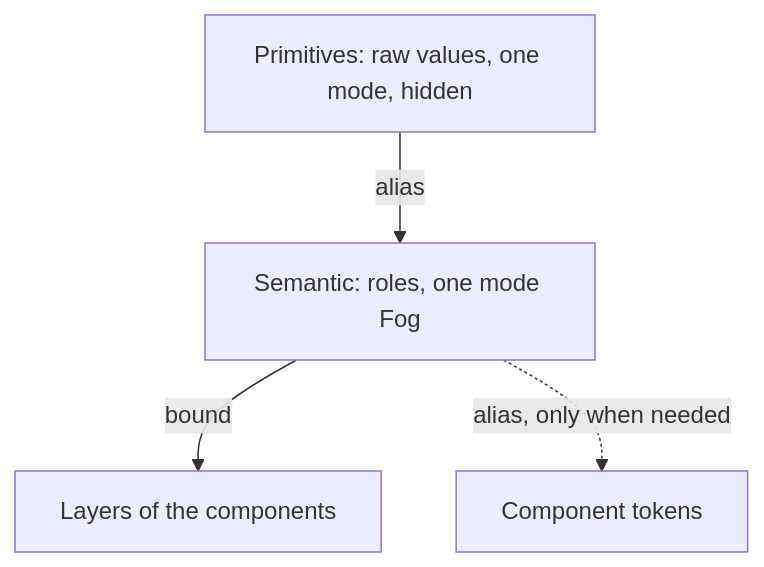
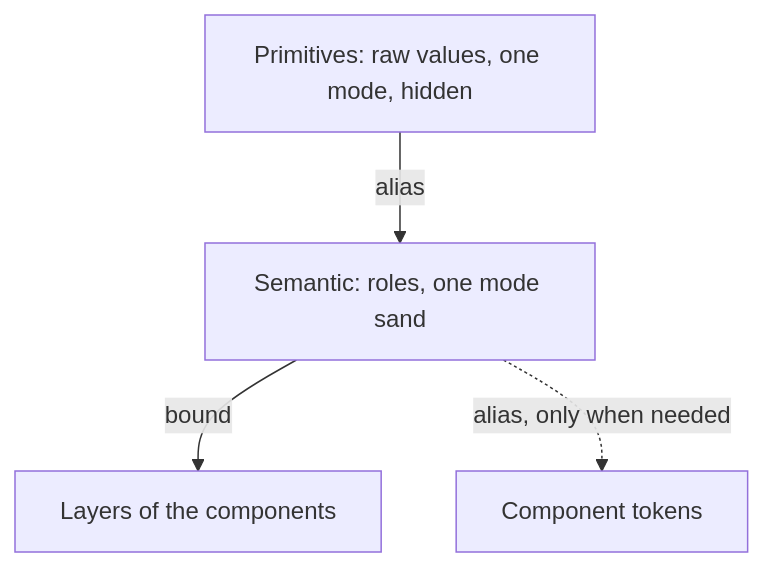
One commit to AlexandreGallais/synoptic-studio-spec changed the diagram in design-system/02-foundations.md. Above: the diagram before and after it, drawn with Mermaid. The commit also changed other lines of this file and 7 other files, not shown here.

````diff
--- a/design-system/02-foundations.md
+++ b/design-system/02-foundations.md
@@ -11,6 +11,6 @@
 ```mermaid
 flowchart TD
-    P["Primitives: raw values, one mode, hidden"] -->|"alias"| S["Semantic: roles, one mode Fog"]
+    P["Primitives: raw values, one mode, hidden"] -->|"alias"| S["Semantic: roles, one mode sand"]
     S -->|"bound"| L["Layers of the components"]
     S -.->|"alias, only when needed"| C["Component tokens"]
 ```
````
